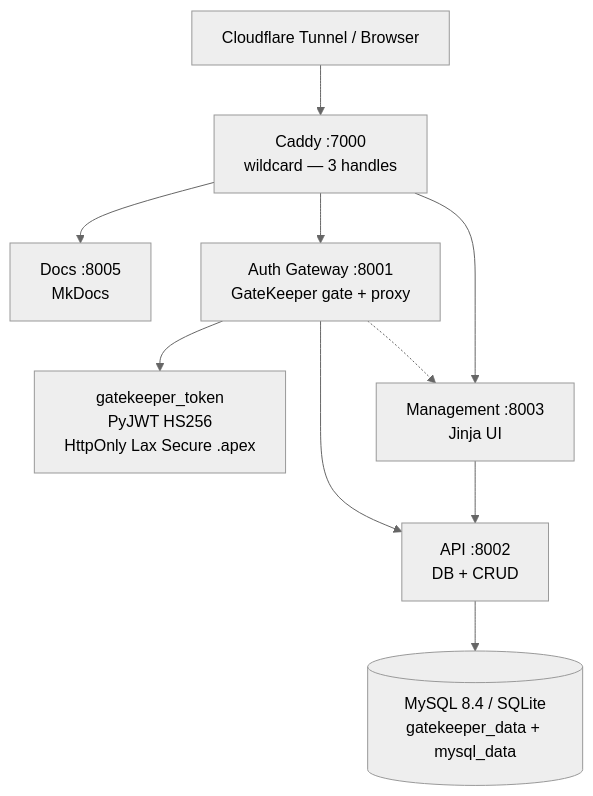
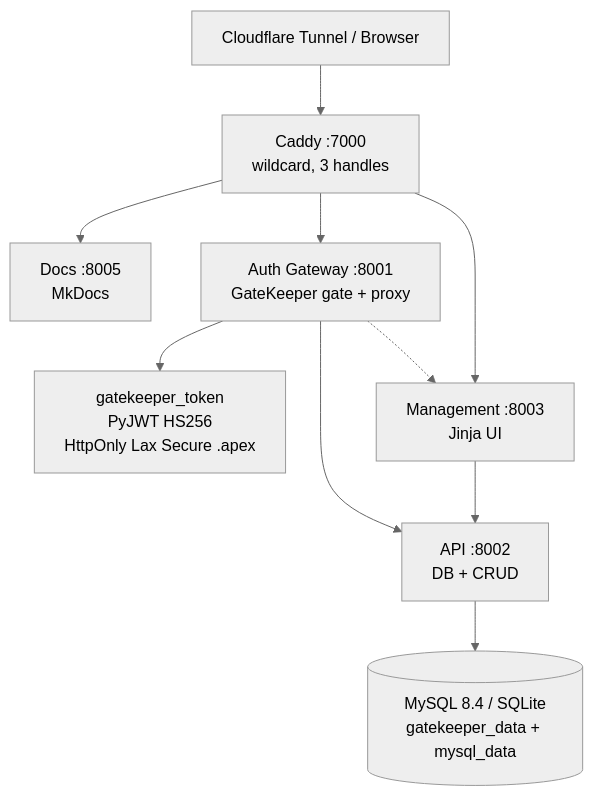
Before and after one commit to NovaProtocol/GateKeeper: the diagram in documentation/docs/index.md, drawn with Mermaid (neutral theme). The commit also changed other lines of this file and 55 other files, not shown here.

````diff
--- a/documentation/docs/index.md
+++ b/documentation/docs/index.md
@@ -20,12 +20,12 @@
 ```mermaid
 graph TB
- TUN["Cloudflare Tunnel / Browser"] --> CADDY["Caddy :7000<br/>wildcard — 3 handles"]
+ TUN["Cloudflare Tunnel / Browser"] --> CADDY["Caddy :7000<br/>wildcard, 3 handles"]
  CADDY --> DOC["Docs :8005<br/>MkDocs"]
  CADDY --> AUTH["Auth Gateway :8001<br/>GateKeeper gate + proxy"]
  CADDY --> MGMT["Management :8003<br/>Jinja UI"]
  AUTH --> COOKIE["gatekeeper_token<br/>PyJWT HS256<br/>HttpOnly Lax Secure .apex"]
  AUTH --> API["API :8002<br/>DB + CRUD"]
  MGMT --> API
  AUTH -.-> MGMT
  API --> DB[("MySQL 8.4 / SQLite<br/>gatekeeper_data + mysql_data")]
 ```
````
